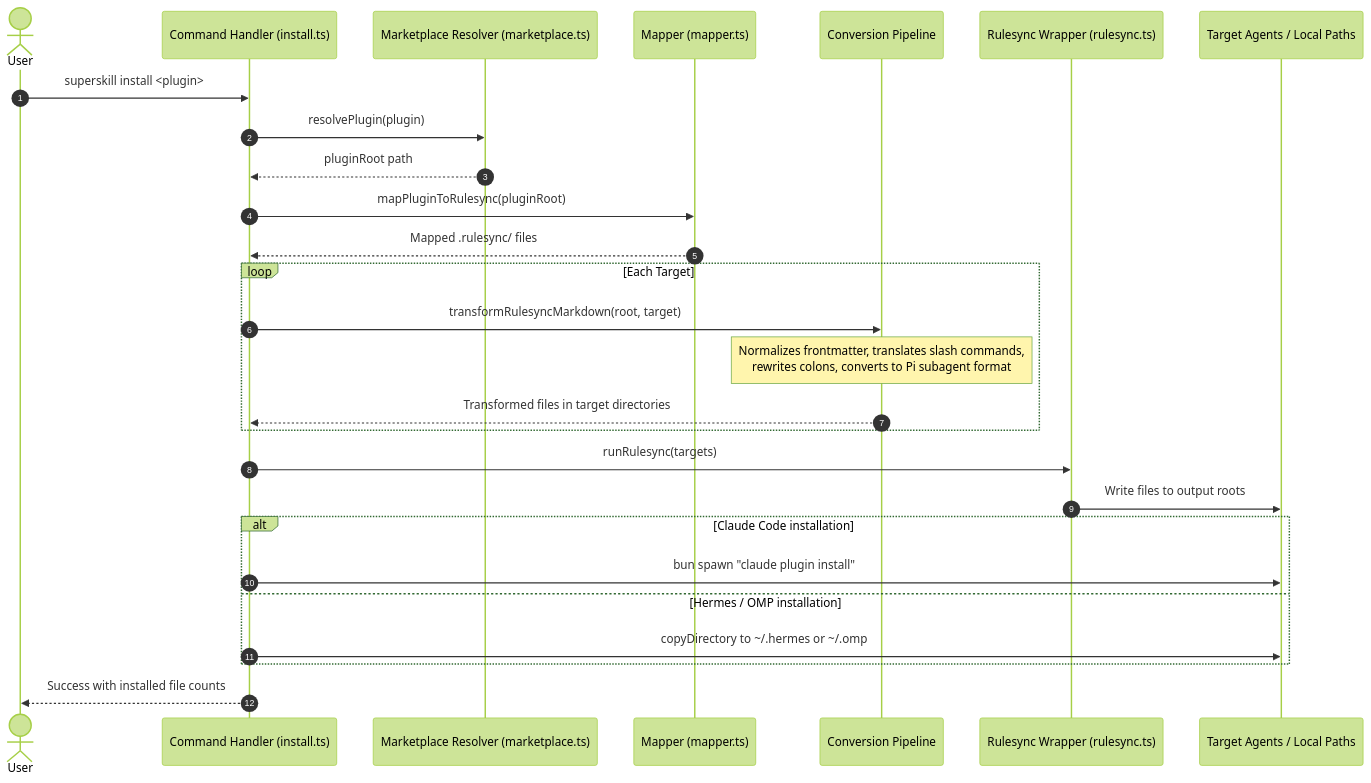
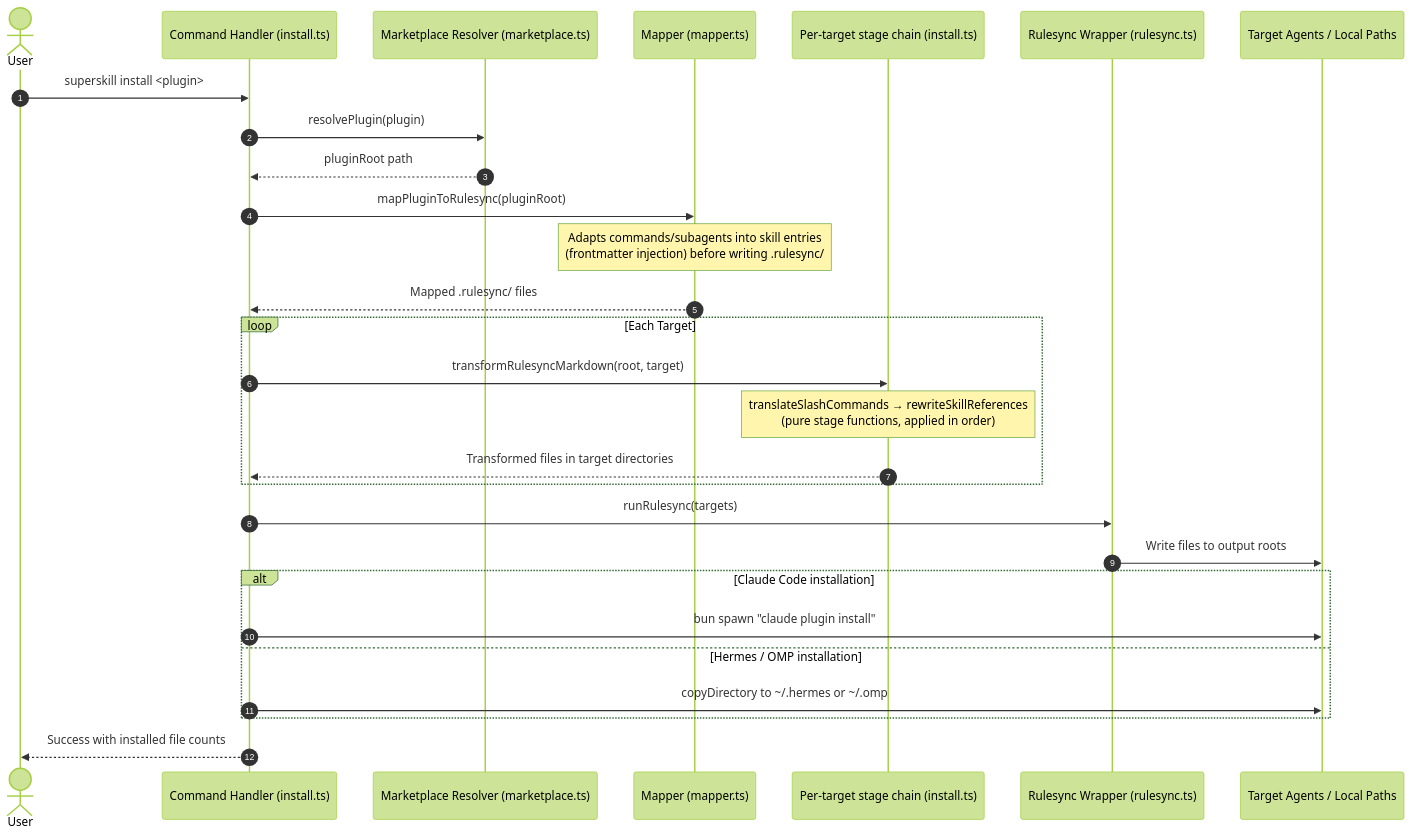
One commit to gobing-ai/superskill changed the third of 8 diagrams in docs/03_ARCHITECTURE.md. Above: the diagram before and after it, drawn with Mermaid (forest theme). The commit also changed other lines of this file and 3 other files, not shown here.

First line of the commit message:
refactor(pipeline): remove unused ConversionPipeline, align docs/03

````diff
--- a/docs/03_ARCHITECTURE.md
+++ b/docs/03_ARCHITECTURE.md
@@ -329,30 +333,31 @@
 ```mermaid
 sequenceDiagram
     autonumber
     actor User
     participant CLI as Command Handler (install.ts)
     participant Marketplace as Marketplace Resolver (marketplace.ts)
     participant Mapper as Mapper (mapper.ts)
-    participant Pipe as Conversion Pipeline
+    participant Pipe as Per-target stage chain (install.ts)
     participant Rulesync as Rulesync Wrapper (rulesync.ts)
     participant Upstream as Target Agents / Local Paths
 
     User->>CLI: superskill install <plugin>
     CLI->>Marketplace: resolvePlugin(plugin)
     Marketplace-->>CLI: pluginRoot path
     CLI->>Mapper: mapPluginToRulesync(pluginRoot)
+    Note over Mapper: Adapts commands/subagents into skill entries<br/>(frontmatter injection) before writing .rulesync/
     Mapper-->>CLI: Mapped .rulesync/ files
     loop Each Target
         CLI->>Pipe: transformRulesyncMarkdown(root, target)
-        Note over Pipe: Normalizes frontmatter, translates slash commands,<br/>rewrites colons, converts to Pi subagent format
+        Note over Pipe: translateSlashCommands → rewriteSkillReferences<br/>(pure stage functions, applied in order)
         Pipe-->>CLI: Transformed files in target directories
     end
     CLI->>Rulesync: runRulesync(targets)
     Rulesync->>Upstream: Write files to output roots
     alt Claude Code installation
         CLI->>Upstream: bun spawn "claude plugin install"
     else Hermes / OMP installation
         CLI->>Upstream: copyDirectory to ~/.hermes or ~/.omp
     end
     CLI-->>User: Success with installed file counts
 ```
````
